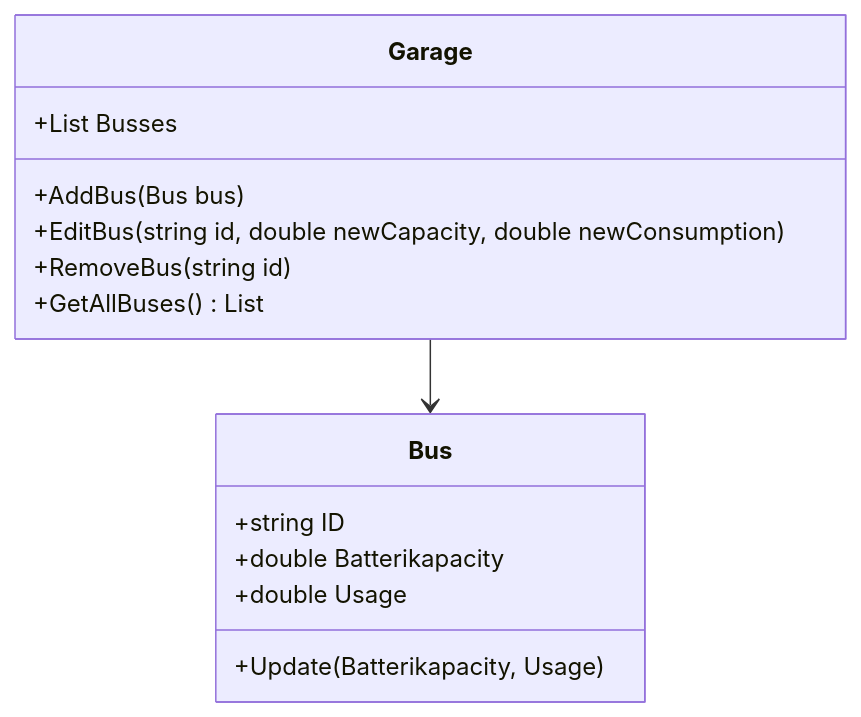
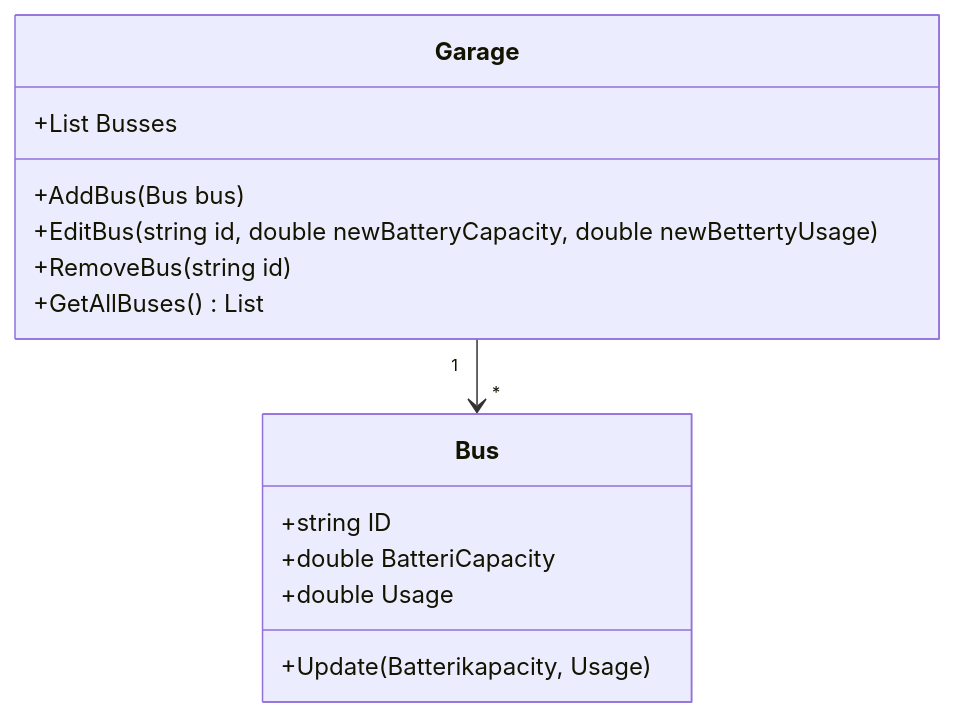
Before and after one commit to Team-14-pa-UCL/Getting-Real2: the diagram in Dokumentation/Iteration 1/Use Case 1/DCD.mmd, drawn with Mermaid. The commit also changed 3 other files, not shown here.

```diff
--- a/Dokumentation/Iteration 1/Use Case 1/DCD.mmd
+++ b/Dokumentation/Iteration 1/Use Case 1/DCD.mmd
@@ -1,17 +1,17 @@
 classDiagram
     class Bus {
         +string ID
-        +double Batterikapacity
+        +double BatteriCapacity
         +double Usage
         +Update(Batterikapacity, Usage)
     }
 
     class Garage {
         +List<Bus> Busses
         +AddBus(Bus bus)
-        +EditBus(string id, double newCapacity, double newConsumption)
+        +EditBus(string id, double newBatteryCapacity, double newBettertyUsage)
         +RemoveBus(string id)
         +GetAllBuses() List<Bus>
     }
     
-    Garage --> Bus
+    Garage "1" --> "*" Bus
```
